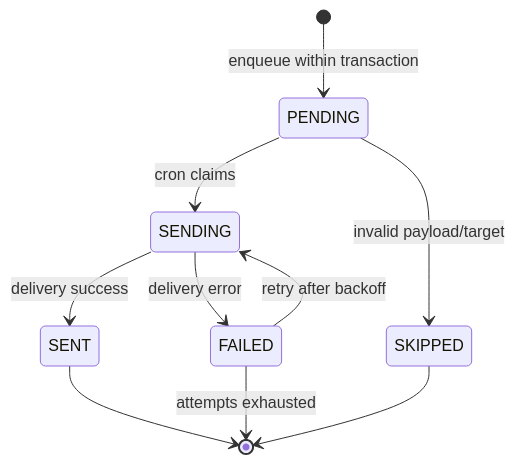
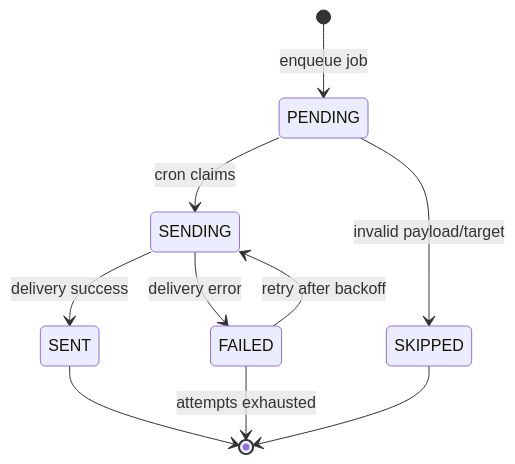
One commit to raphaelmans/next16bp changed the diagram in docs/notification-system/notification-state-machine-level-2-engineering.md. Above: the diagram before and after it, drawn with Mermaid. The commit also changed other lines of this file and 10 other files, not shown here.

````diff
--- a/docs/notification-system/notification-state-machine-level-2-engineering.md
+++ b/docs/notification-system/notification-state-machine-level-2-engineering.md
@@ -20,12 +21,12 @@
 ```mermaid
 stateDiagram-v2
-  [*] --> PENDING: enqueue within transaction
+  [*] --> PENDING: enqueue job
   PENDING --> SENDING: cron claims
   SENDING --> SENT: delivery success
   SENDING --> FAILED: delivery error
   FAILED --> SENDING: retry after backoff
   FAILED --> [*]: attempts exhausted
   PENDING --> SKIPPED: invalid payload/target
   SKIPPED --> [*]
   SENT --> [*]
 ```
````
